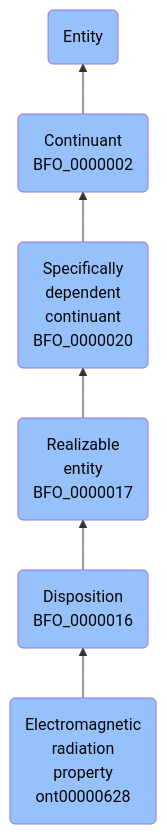
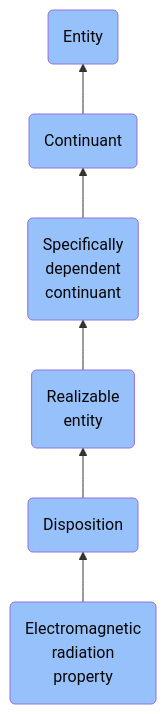
The diagram in docs/ontology/reference/model/Entity/Continuant/Specifically dependent continuant/Realizable entity/Disposition/Electromagnetic radiation property/Electromagnetic radiation property.md (jupyter-naas/abi), drawn with Mermaid before and after one commit. The commit also changed other lines of this file and 1430 other files, not shown here.

````diff
--- a/docs/ontology/reference/model/Entity/Continuant/Specifically dependent continuant/Realizable entity/Disposition/Electromagnetic radiation property/Electromagnetic radiation property.md
+++ b/docs/ontology/reference/model/Entity/Continuant/Specifically dependent continuant/Realizable entity/Disposition/Electromagnetic radiation property/Electromagnetic radiation property.md
@@ -24,13 +24,13 @@
 ```mermaid
 graph BT
-    ont00000628(Electromagnetic<br>radiation<br>property<br>ont00000628):::BFO-->BFO_0000016
-    BFO_0000016(Disposition<br>BFO_0000016):::BFO-->BFO_0000017
-    BFO_0000017(Realizable<br>entity<br>BFO_0000017):::BFO-->BFO_0000020
-    BFO_0000020(Specifically<br>dependent<br>continuant<br>BFO_0000020):::BFO-->BFO_0000002
-    BFO_0000002(Continuant<br>BFO_0000002):::BFO-->BFO_0000001
+    ont00000628(Electromagnetic<br>radiation<br>property):::BFO-->BFO_0000016
+    BFO_0000016(Disposition):::BFO-->BFO_0000017
+    BFO_0000017(Realizable<br>entity):::BFO-->BFO_0000020
+    BFO_0000020(Specifically<br>dependent<br>continuant):::BFO-->BFO_0000002
+    BFO_0000002(Continuant):::BFO-->BFO_0000001
     BFO_0000001(Entity):::BFO
     
     classDef BFO fill:#97c1fb,color:#060606
     classDef CCO fill:#e4c51e,color:#060606
     classDef ABI fill:#48DD82,color:#060606
 ```
````
